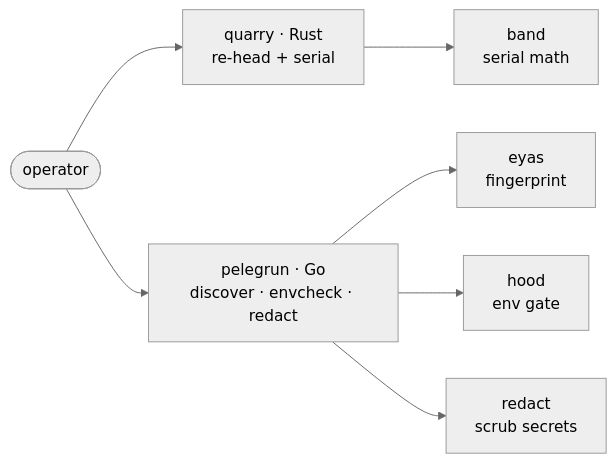
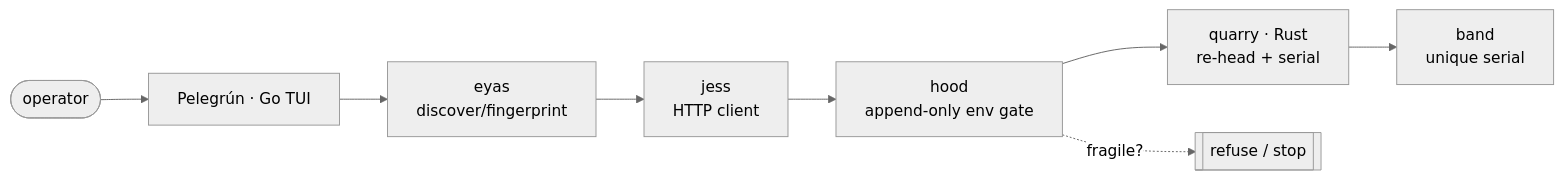
Before and after one commit to ParkWardRR/pelegrun-ap-hk07-firmware-tools: the diagram in README.md, drawn with Mermaid (neutral theme). The commit also changed other lines of this file and 21 other files, not shown here.

````diff
--- a/README.md
+++ b/README.md
@@ -71,9 +95,10 @@
 ```mermaid
 flowchart LR
-  U([operator]) --> Q[quarry · Rust<br/>re-head + serial]
-  U --> P[pelegrun · Go<br/>discover · envcheck · redact]
-  P --> E[eyas<br/>fingerprint]
-  P --> H[hood<br/>env gate]
-  P --> R[redact<br/>scrub secrets]
-  Q --> B[band<br/>serial math]
+  U([operator]) --> S[Pelegrún · Go TUI]
+  S --> E[eyas<br/>discover/fingerprint]
+  E --> J[jess<br/>HTTP client]
+  J --> H[hood<br/>append-only env gate]
+  H --> Q[quarry · Rust<br/>re-head + serial]
+  Q --> B[band<br/>unique serial]
+  H -. fragile? .-> X[[refuse / stop]]
 ```
````
